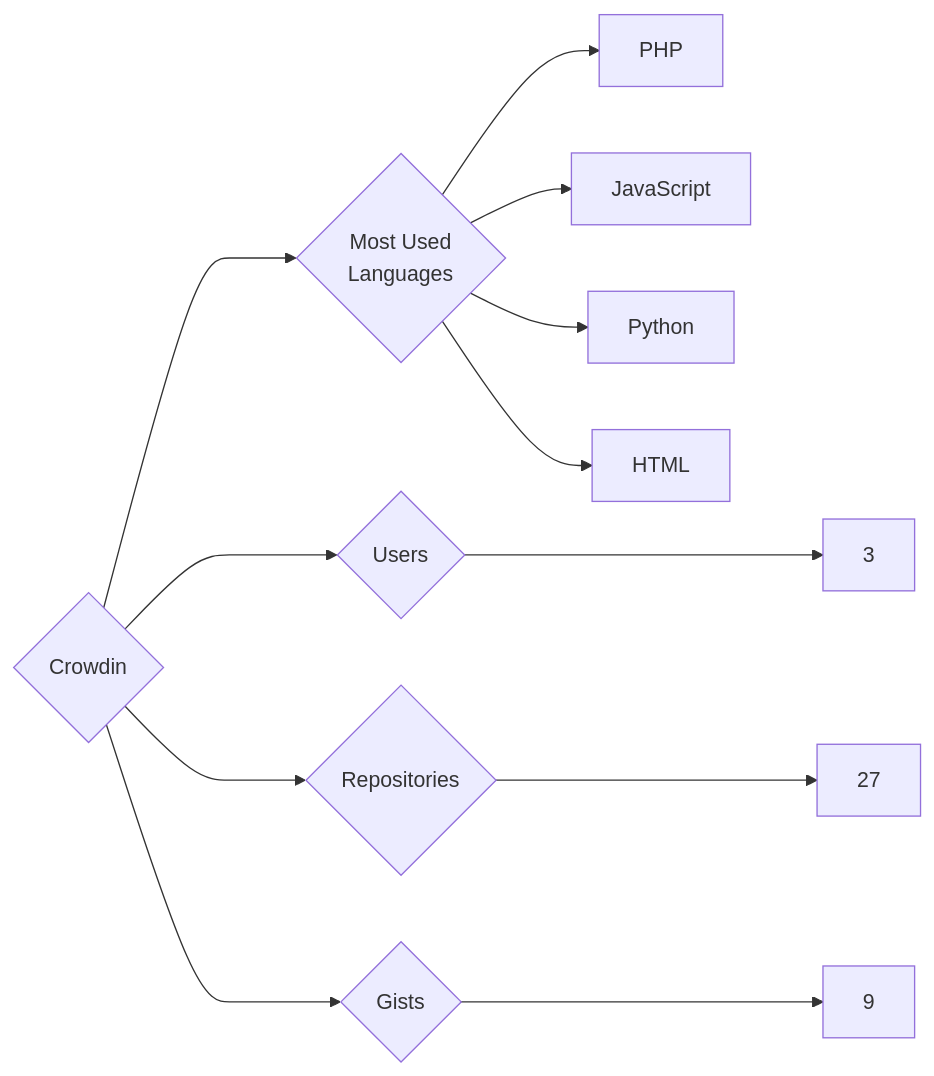
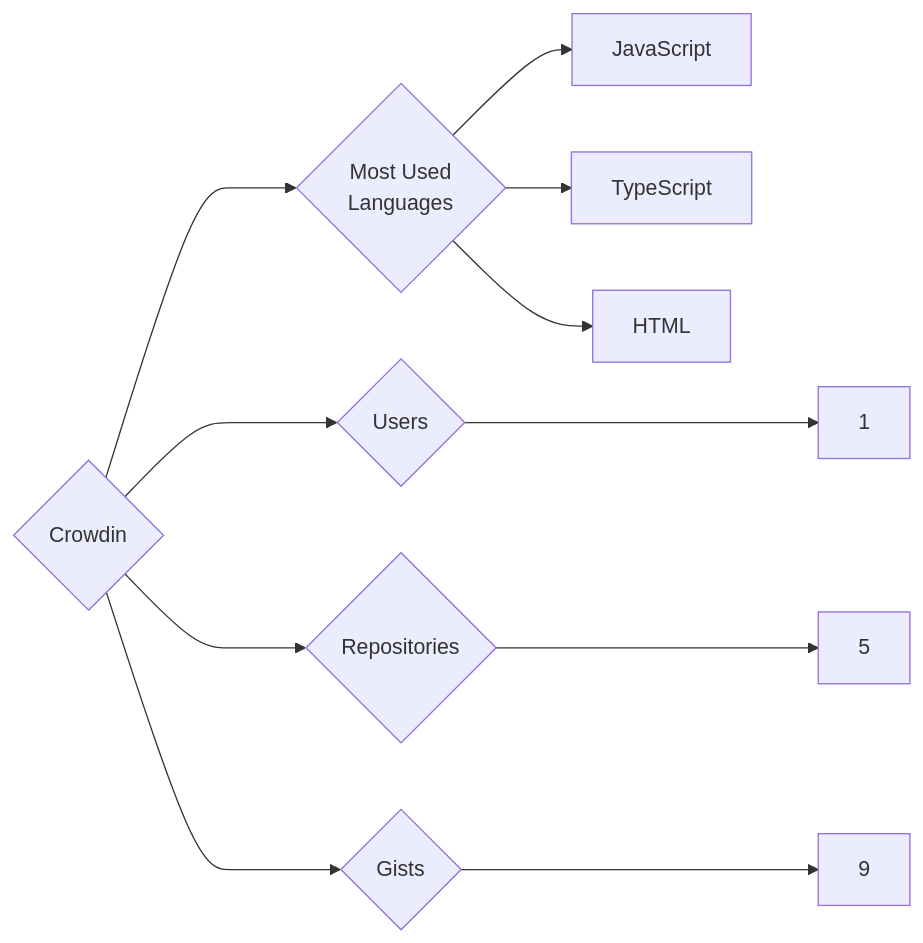
The diagram in targets/Crowdin/README.md (trickest/insiders), drawn with Mermaid before and after one commit. The commit also changed 693 other files, not shown here.

````diff
--- a/targets/Crowdin/README.md
+++ b/targets/Crowdin/README.md
@@ -3,12 +3,11 @@
 ```mermaid
 graph LR
 COMPANY_NAME{Crowdin}
-COMPANY_NAME ---> U{Users} ---> UN[3]
-COMPANY_NAME ---> R{Repositories} ---> RN[27]
+COMPANY_NAME ---> U{Users} ---> UN[1]
+COMPANY_NAME ---> R{Repositories} ---> RN[5]
 COMPANY_NAME ---> G{Gists} ---> GN[9]
 COMPANY_NAME ---> ML{Most Used<br>Languages}
-ML --> PHP[PHP]
 ML --> JavaScript[JavaScript]
-ML --> Python[Python]
+ML --> TypeScript[TypeScript]
 ML --> HTML[HTML]
 ```
````
